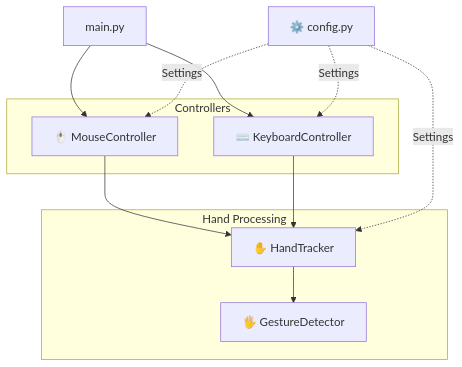
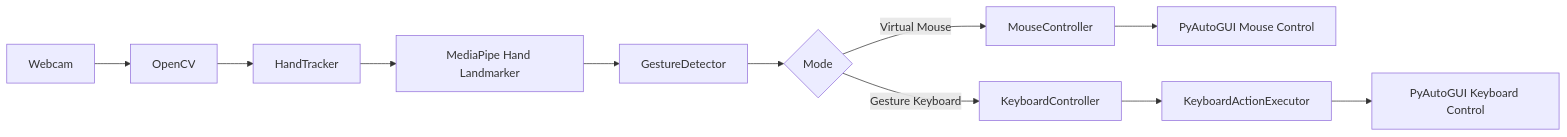
Before and after one commit to partialHuman/Touchless-Computer-Control-Using-Hand-Gestures-Python-OpenCV-: the diagram in README.md, drawn with Mermaid. The commit also changed other lines of this file and 9 other files, not shown here.

````diff
--- a/README.md
+++ b/README.md
@@ -172,28 +161,17 @@
 ```mermaid
-flowchart TD
-    A["main.py"]
+flowchart LR
+    A[Webcam] --> B[OpenCV]
+    B --> C[HandTracker]
+    C --> D[MediaPipe Hand Landmarker]
+    D --> E[GestureDetector]
 
-    subgraph Controllers["Controllers"]
-        B["🖱️ MouseController"]
-        C["⌨️ KeyboardController"]
-    end
+    E --> F{Mode}
 
-    subgraph HandProcessing["Hand Processing"]
-        D["✋ HandTracker"]
-        E["🖐️ GestureDetector"]
-    end
+    F -->|Virtual Mouse| G[MouseController]
+    F -->|Gesture Keyboard| H[KeyboardController]
 
-    F["⚙️ config.py"]
+    G --> I[PyAutoGUI Mouse Control]
 
-    A --> B
-    A --> C
-
-    B --> D
-    C --> D
-
-    D --> E
-
-    F -. Settings .-> B
-    F -. Settings .-> C
-    F -. Settings .-> D
+    H --> J[KeyboardActionExecutor]
+    J --> K[PyAutoGUI Keyboard Control]
 ```
````
